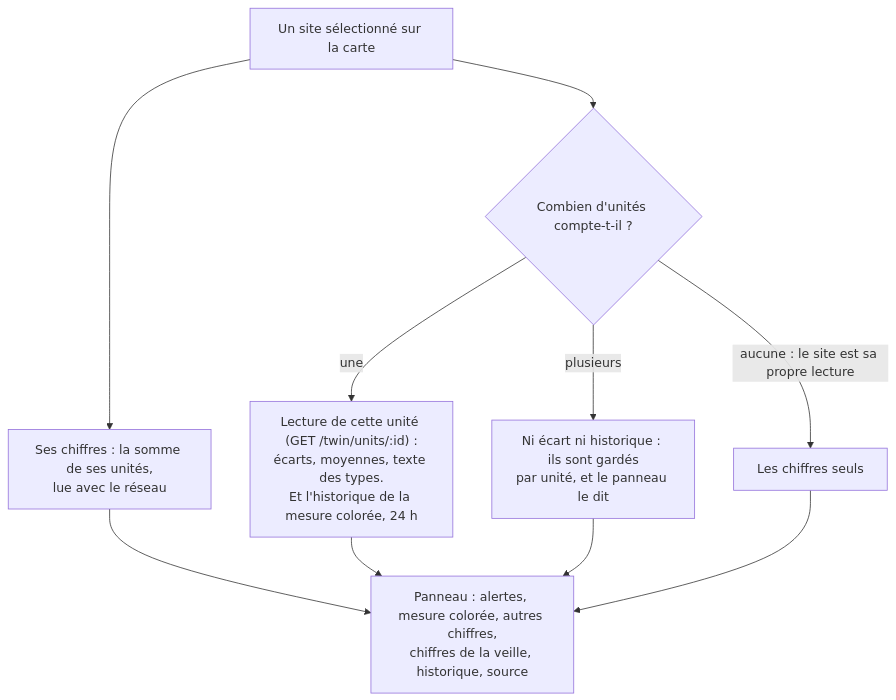
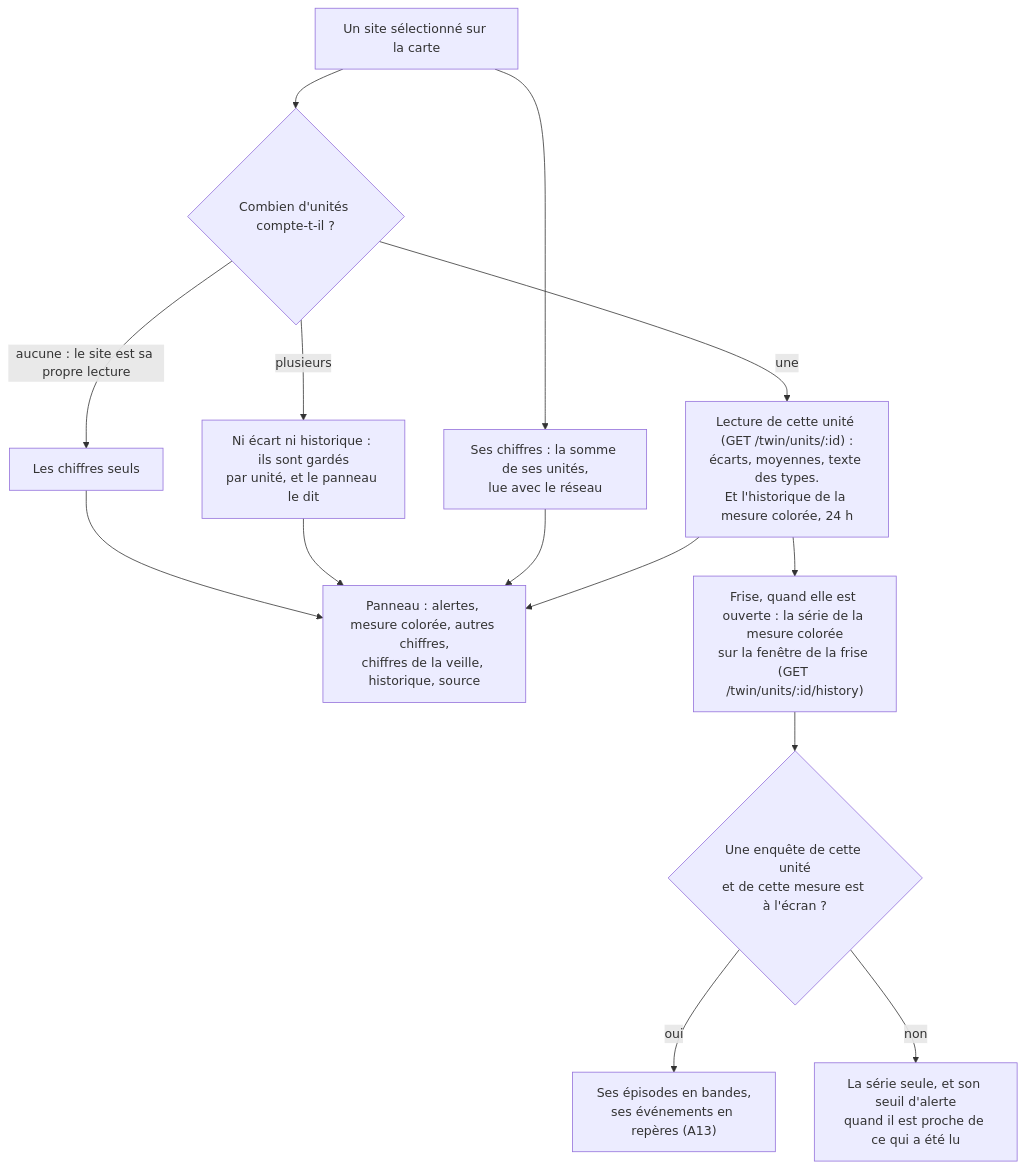
Diagram 42 of 43 in docs/algorithms.md (V1ktor7/obscyro), drawn with Mermaid before and after one commit. The commit also changed other lines of this file and 33 other files, not shown here.

First line of the commit message:
feat(analyste): enquêter sur la série d'une unité, depuis la carte du réseau

````diff
--- a/docs/algorithms.md
+++ b/docs/algorithms.md
@@ -1307,12 +1388,16 @@
 ```mermaid
 flowchart TD
     S["Un site sélectionné sur la carte"] --> V["Ses chiffres : la somme de ses unités,<br/>lue avec le réseau"]
     S --> U{"Combien d'unités compte-t-il ?"}
     U -->|"une"| D["Lecture de cette unité (GET /twin/units/:id) :<br/>écarts, moyennes, texte des types.<br/>Et l'historique de la mesure colorée, 24 h"]
     U -->|"plusieurs"| N["Ni écart ni historique : ils sont gardés<br/>par unité, et le panneau le dit"]
     U -->|"aucune : le site est sa propre lecture"| Z["Les chiffres seuls"]
     D --> P["Panneau : alertes, mesure colorée, autres chiffres,<br/>chiffres de la veille, historique, source"]
     V --> P
     N --> P
     Z --> P
+    D --> T["Frise, quand elle est ouverte : la série de la mesure colorée<br/>sur la fenêtre de la frise (GET /twin/units/:id/history)"]
+    T --> I{"Une enquête de cette unité<br/>et de cette mesure est à l'écran ?"}
+    I -->|"oui"| I1["Ses épisodes en bandes,<br/>ses événements en repères (A13)"]
+    I -->|"non"| I2["La série seule, et son seuil d'alerte<br/>quand il est proche de ce qui a été lu"]
 ```
````
